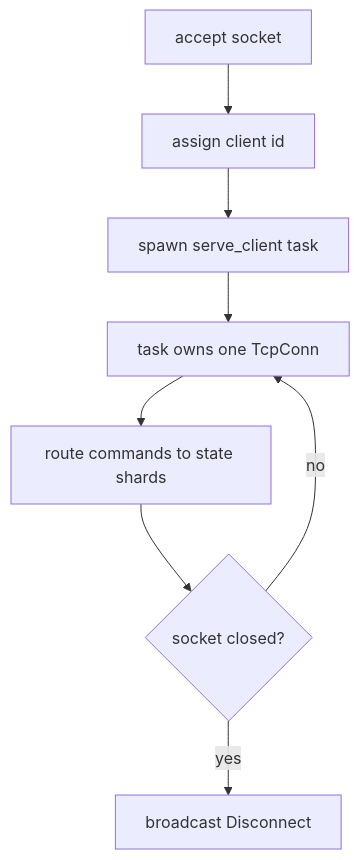
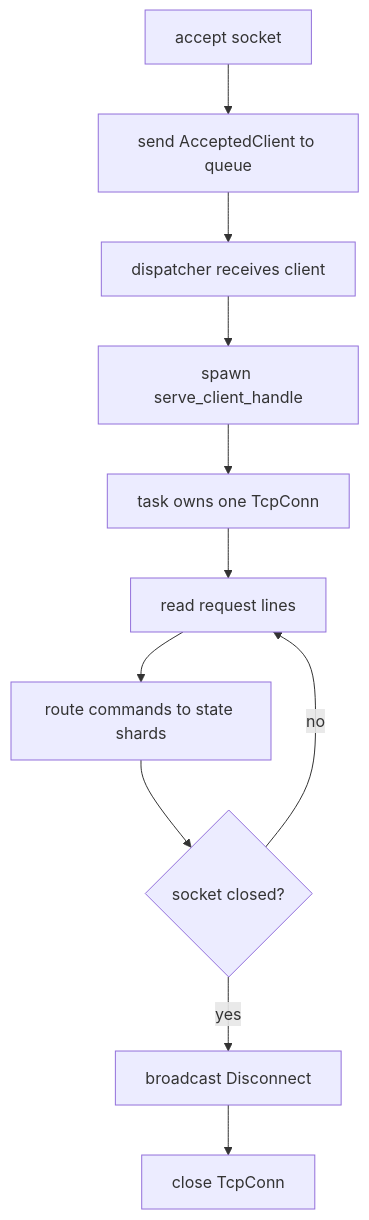
Before and after one commit to vovakirdan/surgekv: the third of 6 diagrams in ARCHITECTURE.md, drawn with Mermaid. The commit also changed other lines of this file and 5 other files, not shown here.

Commit message:
fix(surgekv): spawn client tasks from dispatch workers

````diff
--- a/ARCHITECTURE.md
+++ b/ARCHITECTURE.md
@@ -142,10 +109,13 @@
 ```mermaid
 flowchart TD
-    A["accept socket"] --> B["assign client id"]
-    B --> C["spawn serve_client task"]
-    C --> D["task owns one TcpConn"]
-    D --> E["route commands to state shards"]
-    E --> F{"socket closed?"}
-    F -->|"no"| D
-    F -->|"yes"| G["broadcast Disconnect"]
+    A["accept socket"] --> B["send AcceptedClient to queue"]
+    B --> C["dispatcher receives client"]
+    C --> D["spawn serve_client_handle"]
+    D --> E["task owns one TcpConn"]
+    E --> F["read request lines"]
+    F --> G["route commands to state shards"]
+    G --> H{"socket closed?"}
+    H -->|"no"| F
+    H -->|"yes"| I["broadcast Disconnect"]
+    I --> J["close TcpConn"]
 ```
````
